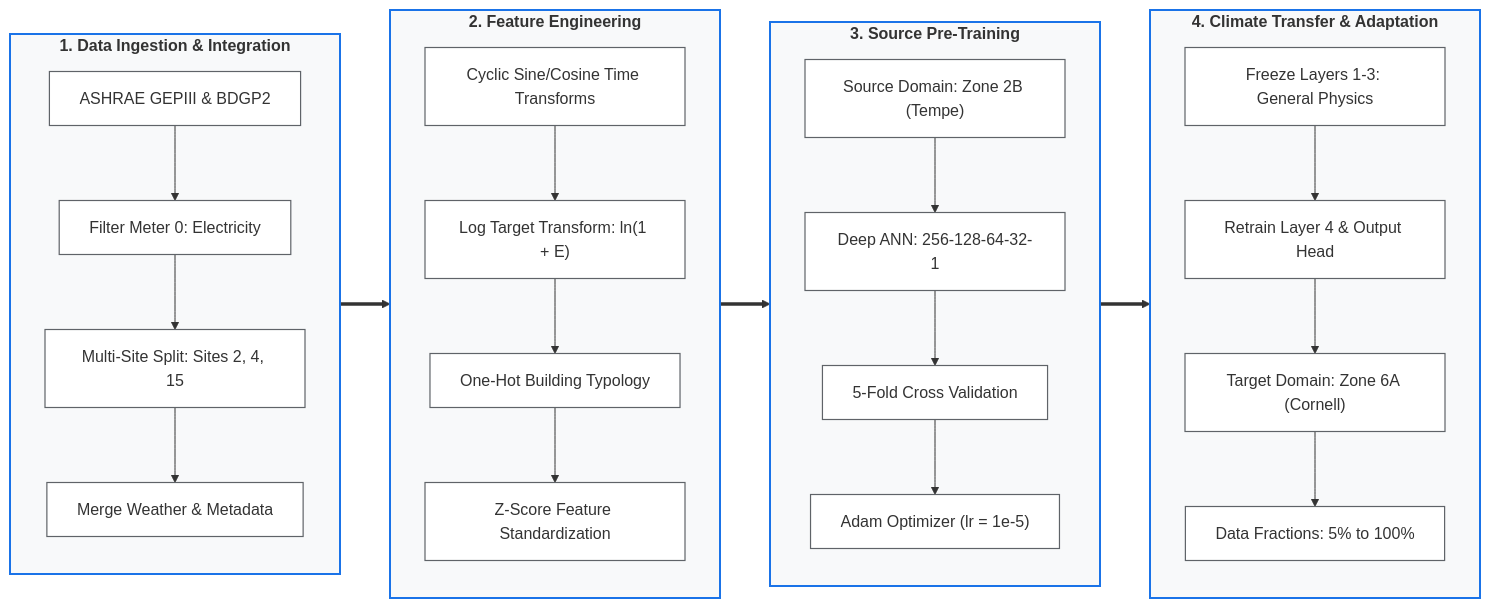
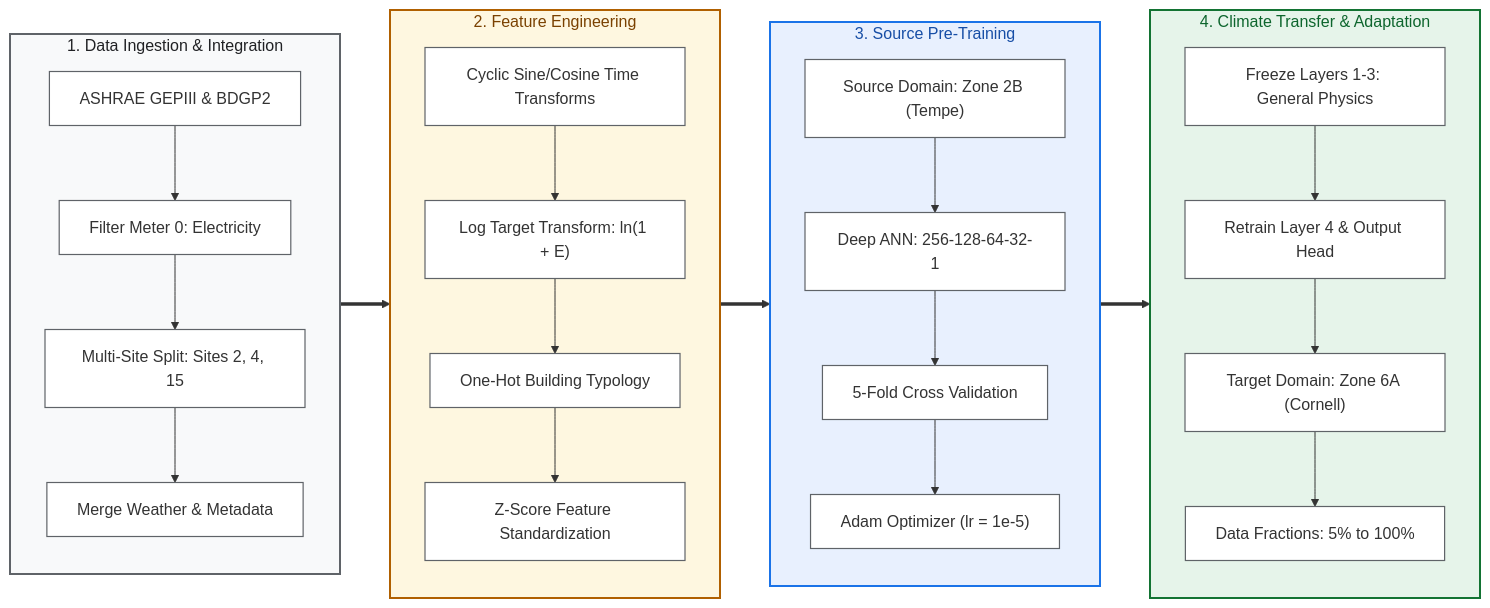
Before and after one commit to shreeyadav06/NZEB-ANN: the diagram in research paper/figures/System_Pipeline.mmd, drawn with Mermaid. The commit also changed 2 other files, not shown here.

Commit message:
feat(paper): update System Pipeline diagram with publication color palette and recompile PDF

```diff
--- a/research paper/figures/System_Pipeline.mmd
+++ b/research paper/figures/System_Pipeline.mmd
@@ -1,34 +1,41 @@
 flowchart LR
     subgraph S1 ["1. Data Ingestion & Integration"]
         direction TB
         D1["ASHRAE GEPIII & BDGP2"] --> D2["Filter Meter 0: Electricity"]
         D2 --> D3["Multi-Site Split: Sites 2, 4, 15"]
         D3 --> D4["Merge Weather & Metadata"]
     end
 
     subgraph S2 ["2. Feature Engineering"]
         direction TB
         F1["Cyclic Sine/Cosine Time Transforms"] --> F2["Log Target Transform: ln(1 + E)"]
         F2 --> F3["One-Hot Building Typology"]
         F3 --> F4["Z-Score Feature Standardization"]
     end
 
     subgraph S3 ["3. Source Pre-Training"]
         direction TB
         M1["Source Domain: Zone 2B (Tempe)"] --> M2["Deep ANN: 256-128-64-32-1"]
         M2 --> M3["5-Fold Cross Validation"]
         M3 --> M4["Adam Optimizer (lr = 1e-5)"]
     end
 
     subgraph S4 ["4. Climate Transfer & Adaptation"]
         direction TB
         T1["Freeze Layers 1-3: General Physics"] --> T2["Retrain Layer 4 & Output Head"]
         T2 --> T3["Target Domain: Zone 6A (Cornell)"]
         T3 --> T4["Data Fractions: 5% to 100%"]
     end
 
     S1 ==> S2 ==> S3 ==> S4
 
-    classDef group fill:#F8F9FA,stroke:#1A73E8,stroke-width:2px,font-weight:bold;
+    classDef s1 fill:#F8F9FA,stroke:#5F6368,stroke-width:2px,color:#202124;
+    classDef s2 fill:#FEF7E0,stroke:#B06000,stroke-width:2px,color:#7A4100;
+    classDef s3 fill:#E8F0FE,stroke:#1A73E8,stroke-width:2px,color:#174EA6;
+    classDef s4 fill:#E6F4EA,stroke:#137333,stroke-width:2px,color:#0D652D;
     classDef default fill:#FFFFFF,stroke:#5F6368,stroke-width:1.2px;
-    class S1,S2,S3,S4 group;
+
+    class S1 s1;
+    class S2 s2;
+    class S3 s3;
+    class S4 s4;
```
